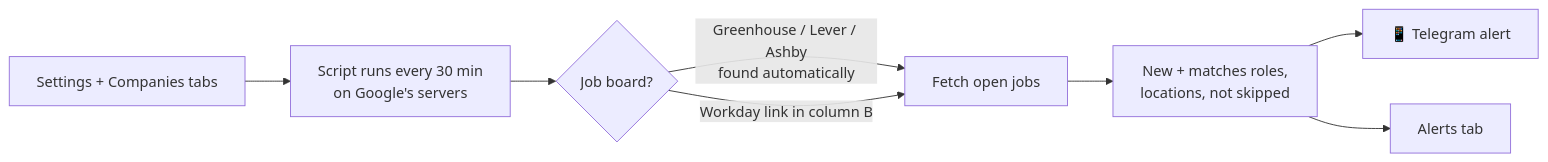
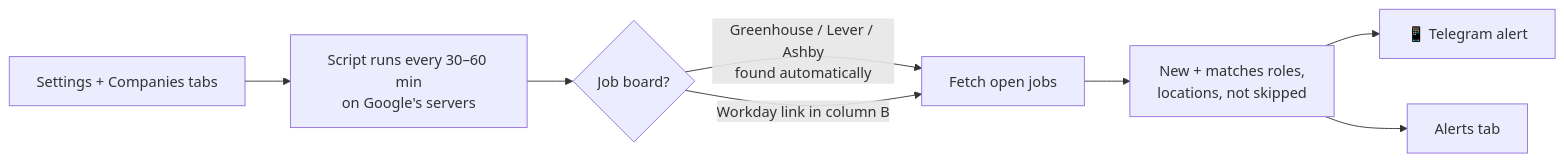
Before and after one commit to anil9bhimineni/GCC-Google-Sheet-Job-Alerts: the diagram in README.md, drawn with Mermaid. The commit also changed other lines of this file and 1 other file, not shown here.

Commit message:
Ship 250 starter companies in the template, hourly checks by default, contributing guide

````diff
--- a/README.md
+++ b/README.md
@@ -30,10 +31,10 @@
 ```mermaid
 flowchart LR
-    S[Settings + Companies tabs] --> R[Script runs every 30 min<br/>on Google's servers]
+    S[Settings + Companies tabs] --> R[Script runs every 30–60 min<br/>on Google's servers]
     R --> D{Job board?}
     D -->|Greenhouse / Lever / Ashby<br/>found automatically| F[Fetch open jobs]
     D -->|Workday link in column B| F
     F --> M[New + matches roles,<br/>locations, not skipped]
     M --> TG[📱 Telegram alert]
     M --> AL[Alerts tab]
 ```
````
